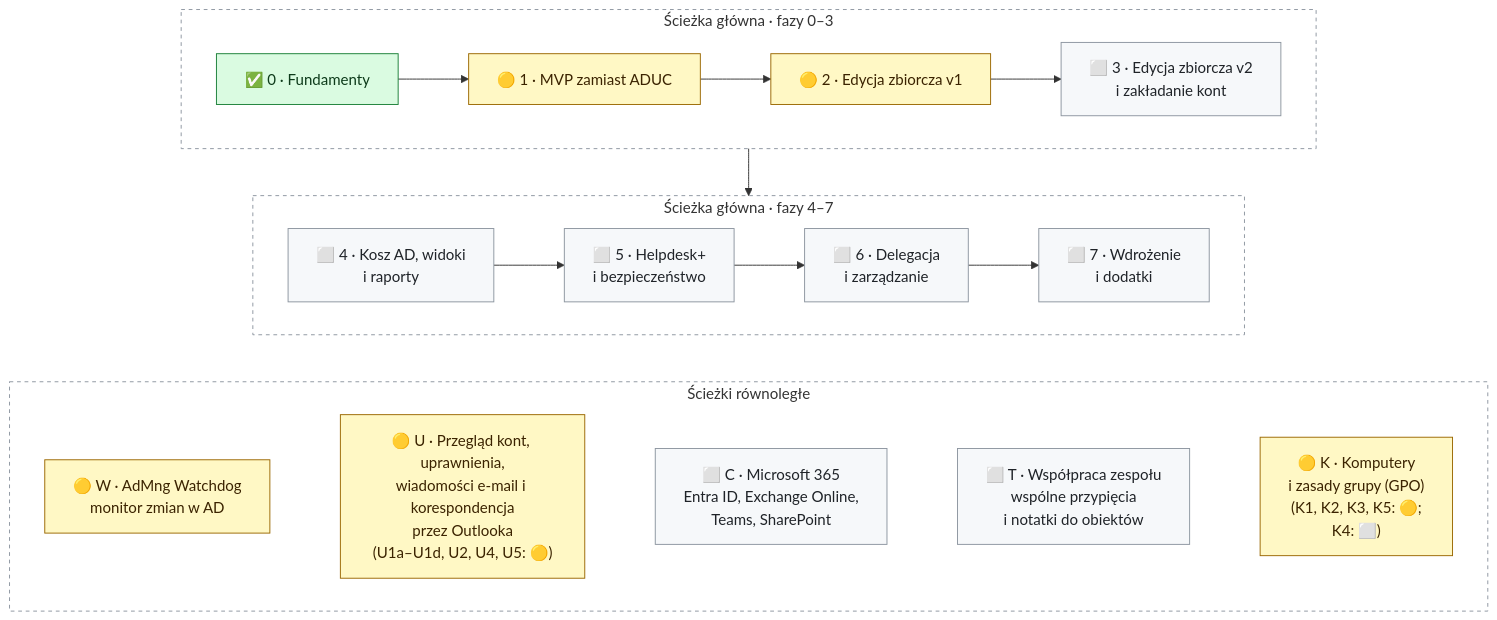
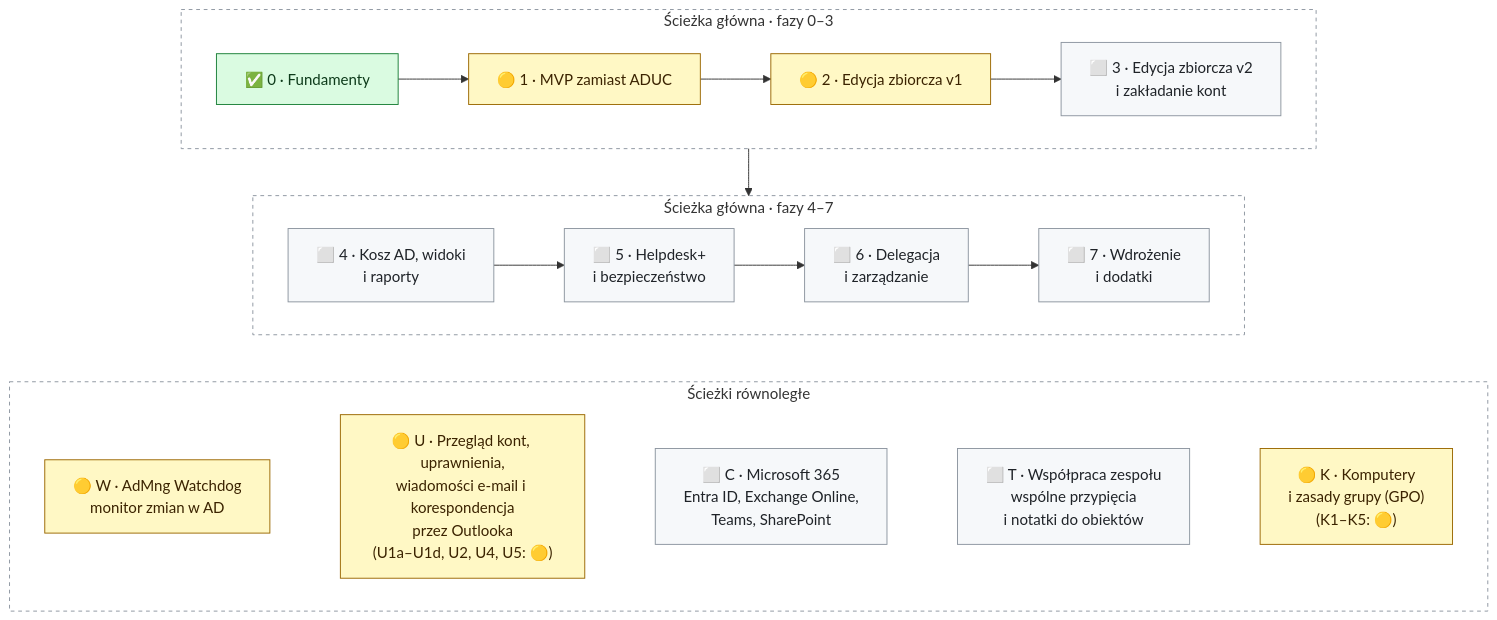
The diagram in README.md (DarienRahl/AD_MNG), drawn with Mermaid before and after one commit. The commit also changed other lines of this file and 3 other files, not shown here.

First line of the commit message:
K4 docs: security settings chapter, README, roadmap, architecture

````diff
--- a/README.md
+++ b/README.md
@@ -181,26 +181,26 @@
 ```mermaid
 flowchart TB
     subgraph A["Ścieżka główna · fazy 0–3"]
         direction LR
         F0["✅ 0 · Fundamenty"] --> F1["🟡 1 · MVP zamiast ADUC"] --> F2["🟡 2 · Edycja zbiorcza v1"] --> F3["⬜ 3 · Edycja zbiorcza v2<br/>i zakładanie kont"]
     end
     subgraph B["Ścieżka główna · fazy 4–7"]
         direction LR
         F4["⬜ 4 · Kosz AD, widoki<br/>i raporty"] --> F5["⬜ 5 · Helpdesk+<br/>i bezpieczeństwo"] --> F6["⬜ 6 · Delegacja<br/>i zarządzanie"] --> F7["⬜ 7 · Wdrożenie<br/>i dodatki"]
     end
     subgraph C["Ścieżki równoległe"]
         direction LR
-        W["🟡 W · AdMng Watchdog<br/>monitor zmian w AD"] ~~~ U["🟡 U · Przegląd kont, uprawnienia,<br/>wiadomości e-mail i korespondencja<br/>przez Outlooka<br/>(U1a–U1d, U2, U4, U5: 🟡)"] ~~~ M365["⬜ C · Microsoft 365<br/>Entra ID, Exchange Online,<br/>Teams, SharePoint"] ~~~ TEAM["⬜ T · Współpraca zespołu<br/>wspólne przypięcia<br/>i notatki do obiektów"] ~~~ K["🟡 K · Komputery<br/>i zasady grupy (GPO)<br/>(K1, K2, K3, K5: 🟡;<br/>K4: ⬜)"]
+        W["🟡 W · AdMng Watchdog<br/>monitor zmian w AD"] ~~~ U["🟡 U · Przegląd kont, uprawnienia,<br/>wiadomości e-mail i korespondencja<br/>przez Outlooka<br/>(U1a–U1d, U2, U4, U5: 🟡)"] ~~~ M365["⬜ C · Microsoft 365<br/>Entra ID, Exchange Online,<br/>Teams, SharePoint"] ~~~ TEAM["⬜ T · Współpraca zespołu<br/>wspólne przypięcia<br/>i notatki do obiektów"] ~~~ K["🟡 K · Komputery<br/>i zasady grupy (GPO)<br/>(K1–K5: 🟡)"]
     end
     A --> B
     B ~~~ C
     classDef done fill:#dafbe1,stroke:#1a7f37,color:#0d3a1a
     classDef wip fill:#fff8c5,stroke:#9a6700,color:#3b2300
     classDef todo fill:#f6f8fa,stroke:#8c959f,color:#1f2328
     class F0 done
     class F1,F2,W,U,K wip
     class F3,F4,F5,F6,F7,M365,TEAM todo
     style A fill:transparent,stroke:#8c959f,stroke-dasharray:4 4
     style B fill:transparent,stroke:#8c959f,stroke-dasharray:4 4
     style C fill:transparent,stroke:#8c959f,stroke-dasharray:4 4
 ```
````
